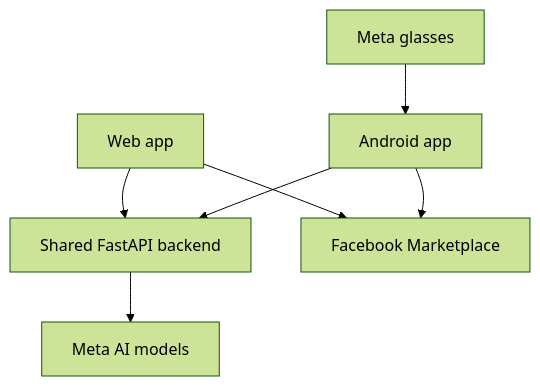
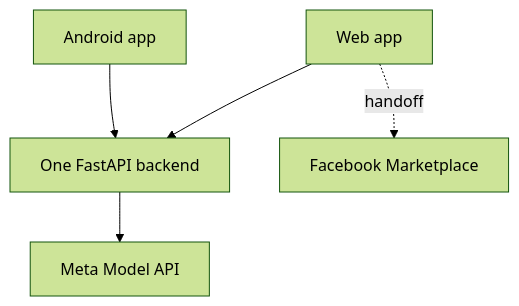
Before and after one commit to nikolareljin/orphan-parts: the first of 2 diagrams in docs/development/architecture.md, drawn with Mermaid (forest theme). The commit also changed other lines of this file and 25 other files, not shown here.

````diff
--- a/docs/development/architecture.md
+++ b/docs/development/architecture.md
@@ -5,9 +5,7 @@
 ```mermaid
 flowchart TB
-    glasses[Meta glasses] --> android[Android app]
-    web[Web app] --> api[Shared FastAPI backend]
-    android --> api
-    api --> models[Meta AI models]
-    web --> fb[Facebook Marketplace]
-    android --> fb
+    web[Web app] --> api[One FastAPI backend]
+    android[Android app] --> api
+    api --> models[Meta Model API]
+    web -. handoff .-> fb[Facebook Marketplace]
 ```
````
